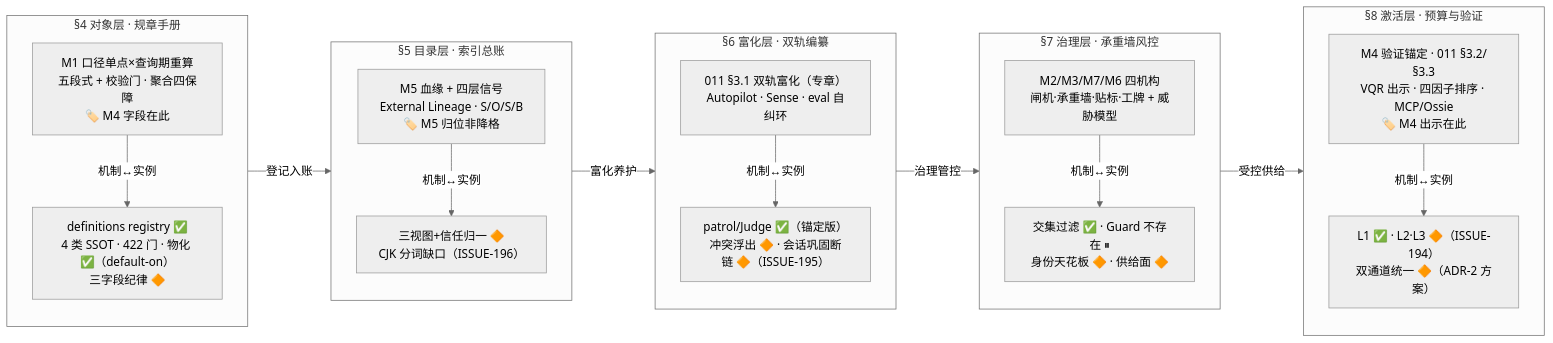
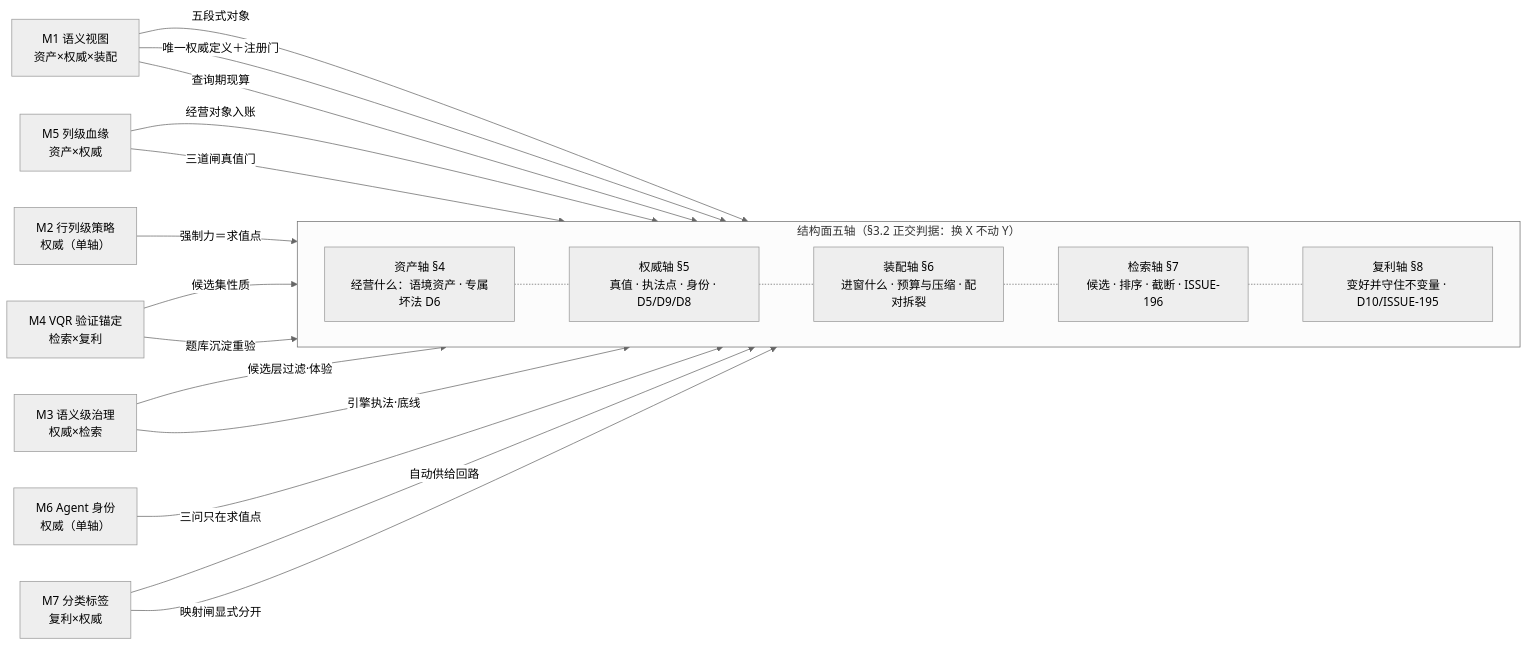
Before and after one commit to ThreeFish-AI/negentropy: the diagram in docs/assets/mermaid/cognitive-context/context-layer-blueprint--layer-mechanism-map.mmd, drawn with Mermaid (neutral theme). The commit also changed 79 other files, not shown here.

First line of the commit message:
assets(context-layer): 013 配图换代八图交付+三图退役注记+进化子系统注释改锚;

```diff
--- a/docs/assets/mermaid/cognitive-context/context-layer-blueprint--layer-mechanism-map.mmd
+++ b/docs/assets/mermaid/cognitive-context/context-layer-blueprint--layer-mechanism-map.mmd
@@ -1,39 +1,37 @@
-%%source: docs/research/cognitive-context/013-context-layer-blueprint.md §3.1 spine：层 × 机制 × 实例的总映射（结构轴五列；as-of 2026-09-27 @57987b28b 重核）
+%%source: docs/research/cognitive-context/013-context-layer-blueprint.md §3.3 机制＝接缝组合（M1–M7 轴向量矩阵：五轴为列、机制挂接缝）
 %%slug: cognitive-context/context-layer-blueprint--layer-mechanism-map
 %%type: architecture
-%%derived: archify architecture v1, authored fresh (五列×上下两排+生命周期链+映射边)
+%%derived: archify architecture v2, authored fresh（v1 五层×机制-实例对退役；新构型＝结构面五轴主链＋M1–M7 按轴向量挂接缝，M2/M6 单轴全落权威，无全轴机制、无落不进轴的机制）
 flowchart LR
-    subgraph OBJ["§4 对象层 · 规章手册"]
-        direction TB
-        OM["M1 口径单点×查询期重算<br/>五段式 + 校验门 · 聚合四保障<br/>🏷️ M4 字段在此"]
-        OI["definitions registry ✅<br/>4 类 SSOT · 422 门 · 物化 ✅（default-on）<br/>三字段纪律 🔶"]
-        OM -->|机制↔实例| OI
+    subgraph SPINE["结构面五轴（§3.2 正交判据：换 X 不动 Y）"]
+        direction LR
+        A1["资产轴 §4<br/>经营什么：语境资产 · 专属坏法 D6"]
+        A2["权威轴 §5<br/>真值 · 执法点 · 身份 · D5/D9/D8"]
+        A3["装配轴 §6<br/>进窗什么 · 预算与压缩 · 配对拆裂"]
+        A4["检索轴 §7<br/>候选 · 排序 · 截断 · ISSUE-196"]
+        A5["复利轴 §8<br/>变好并守住不变量 · D10/ISSUE-195"]
     end
-    subgraph CAT["§5 目录层 · 索引总账"]
-        direction TB
-        CM["M5 血缘 + 四层信号<br/>External Lineage · S/O/S/B<br/>🏷️ M5 归位非降格"]
-        CI["三视图+信任归一 🔶<br/>CJK 分词缺口（ISSUE-196）"]
-        CM -->|机制↔实例| CI
-    end
-    subgraph ENR["§6 富化层 · 双轨编纂"]
-        direction TB
-        EM["011 §3.1 双轨富化（专章）<br/>Autopilot · Sense · eval 自纠环"]
-        EI["patrol/Judge ✅（锚定版）<br/>冲突浮出 🔶 · 会话巩固断链 🔶（ISSUE-195）"]
-        EM -->|机制↔实例| EI
-    end
-    subgraph GOV["§7 治理层 · 承重墙风控"]
-        direction TB
-        GM["M2/M3/M7/M6 四机构<br/>闸机·承重墙·贴标·工牌 + 威胁模型"]
-        GI["交集过滤 ✅ · Guard 不存在 ⏸<br/>身份天花板 🔶 · 供给面 🔶"]
-        GM -->|机制↔实例| GI
-    end
-    subgraph ACT["§8 激活层 · 预算与验证"]
-        direction TB
-        AM["M4 验证锚定 · 011 §3.2/§3.3<br/>VQR 出示 · 四因子排序 · MCP/Ossie<br/>🏷️ M4 出示在此"]
-        AI["L1 ✅ · L2·L3 🔶（ISSUE-194）<br/>双通道统一 🔶（ADR-2 方案）"]
-        AM -->|机制↔实例| AI
-    end
-    OM -->|登记入账| CM
-    CM -->|富化养护| EM
-    EM -->|治理管控| GM
-    GM -->|受控供给| AM
+    M1["M1 语义视图<br/>资产×权威×装配"]
+    M5["M5 列级血缘<br/>资产×权威"]
+    M2["M2 行列级策略<br/>权威（单轴）"]
+    M4["M4 VQR 验证锚定<br/>检索×复利"]
+    M3["M3 语义级治理<br/>权威×检索"]
+    M6["M6 Agent 身份<br/>权威（单轴）"]
+    M7["M7 分类标签<br/>复利×权威"]
+    A1 -.- A2
+    A2 -.- A3
+    A3 -.- A4
+    A4 -.- A5
+    M1 -->|五段式对象| A1
+    M1 -->|唯一权威定义＋注册门| A2
+    M1 -->|查询期现算| A3
+    M5 -->|经营对象入账| A1
+    M5 -->|三道闸真值门| A2
+    M2 -->|强制力＝求值点| A2
+    M4 -->|候选集性质| A4
+    M4 -->|题库沉淀重验| A5
+    M3 -->|候选层过滤·体验| A4
+    M3 -->|引擎执法·底线| A2
+    M6 -->|三问只在求值点| A2
+    M7 -->|自动供给回路| A5
+    M7 -->|映射闸显式分开| A2
```
